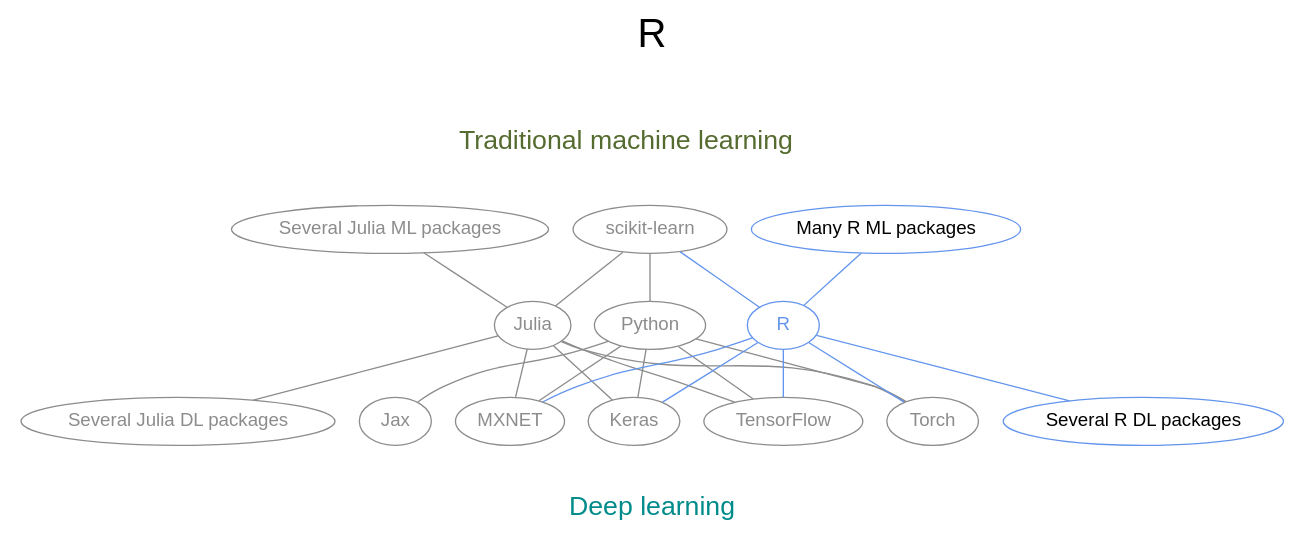
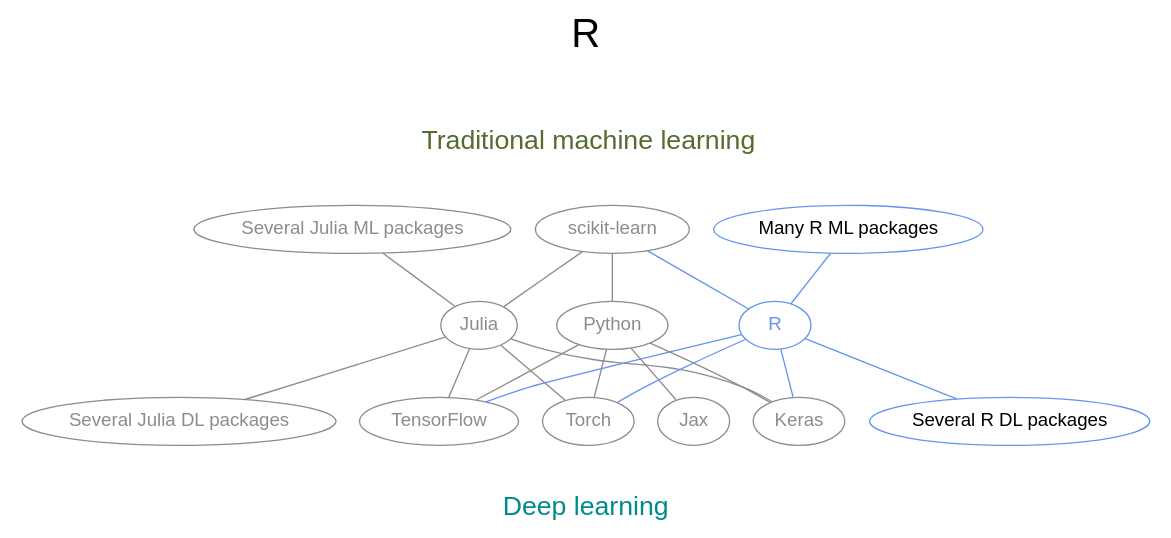
Before and after one commit to WestDRI/arc-training: diagram 11 of 12 in ml/frameworks_slides.qmd, drawn with Graphviz. The commit also changed other lines of this file, not shown here.

````diff
--- a/ml/frameworks_slides.qmd
+++ b/ml/frameworks_slides.qmd
@@ -523,56 +599,56 @@
 ```{dot}
 //| echo: false
 
 strict graph {
 
   label="R\n\n"
   labelloc=t
   fontsize=30
   
   bgcolor="transparent"
   graph [fontname="Inconsolata, sans-serif"]
   node [fontname="Inconsolata, sans-serif"]
 
   subgraph cluster_ml {
 	peripheries=0
 	label="Traditional machine learning\n\n"
 	fontcolor=darkolivegreen
 	fontsize=20
 	"scikit-learn" "Several Julia ML packages" "Many R ML packages"
   }
 
   subgraph cluster_dl {
 	peripheries=0
 	label="\nDeep learning"
 	fontcolor=darkcyan
 	fontsize=20
 	labelloc=b
-	Torch TensorFlow Jax Keras MXNET "Several Julia DL packages" "Several R DL packages"
+	Torch TensorFlow Jax Keras "Several Julia DL packages" "Several R DL packages"
   }
 
   Python [color=gray55, fontcolor=gray55, URL="https://www.python.org/"]
   Julia [color=gray55, fontcolor=gray55, URL="https://julialang.org/"]
   R [color=cornflowerblue, fontcolor=cornflowerblue, URL="https://www.r-project.org/"]
 
   "Many R ML packages" [color=cornflowerblue]
   "Several R DL packages" [color=cornflowerblue]
   "scikit-learn" [color=gray55, fontcolor=gray55, URL="https://saraswatmks.github.io/superml/"]
-  MXNET [color=gray55, fontcolor=gray55, URL="https://mxnet.apache.org/versions/1.8.0/api/r"]
   Keras [color=gray55, fontcolor=gray55, URL="https://github.com/rstudio/keras"]
   TensorFlow [color=gray55, fontcolor=gray55, URL="https://tensorflow.rstudio.com/"]
   Torch [color=gray55, fontcolor=gray55, URL="https://torch.mlverse.org/"]
 
   "scikit-learn" -- Python [color=gray55]
-  Python -- {Torch TensorFlow Jax Keras MXNET} [color=gray55]
+  Python -- {Torch TensorFlow Jax Keras} [color=gray55]
 
   {"Several Julia ML packages" "scikit-learn"} -- Julia [color=gray55]
-  Julia -- {"Several Julia DL packages" Torch TensorFlow Keras MXNET} [color=gray55]
+  Julia -- {"Several Julia DL packages" Torch TensorFlow Keras} [color=gray55]
 
   {"scikit-learn" "Many R ML packages"} -- R [color=cornflowerblue]
-  R -- {"Several R DL packages" Torch TensorFlow Keras MXNET} [color=cornflowerblue]
+  R -- {"Several R DL packages" Torch TensorFlow Keras} [color=cornflowerblue]
 
   "Several Julia ML packages" [color=gray55, fontcolor=gray55]
   "Several Julia DL packages" [color=gray55, fontcolor=gray55]
   Jax [color=gray55, fontcolor=gray55]
+  
 }
 ```
````
